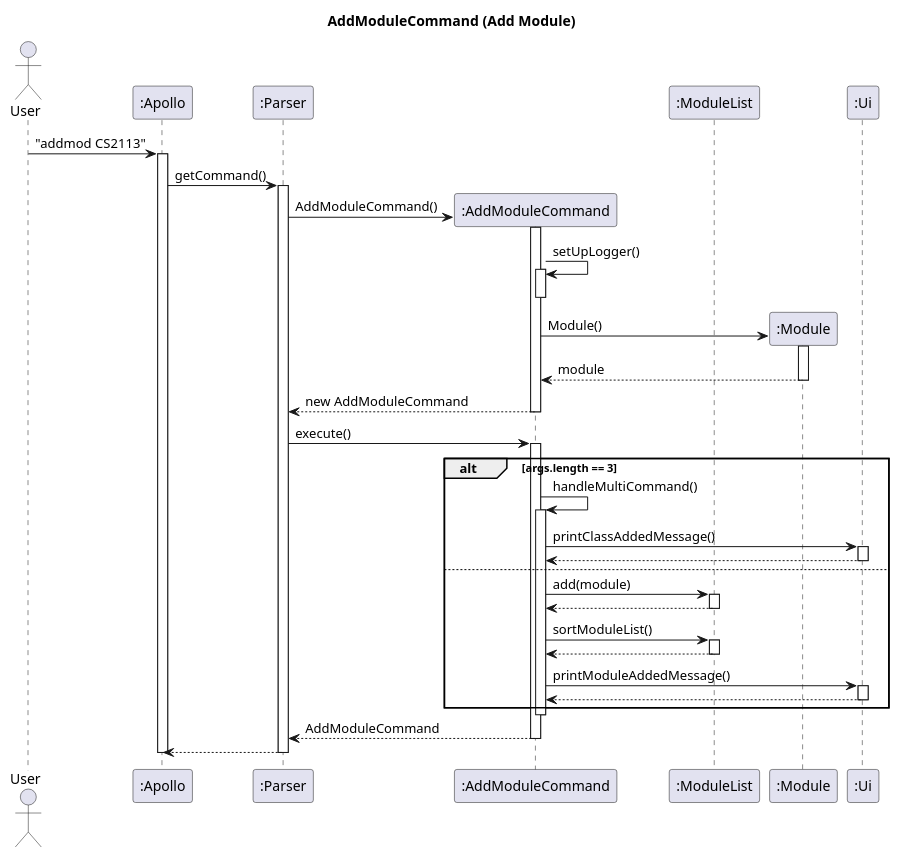
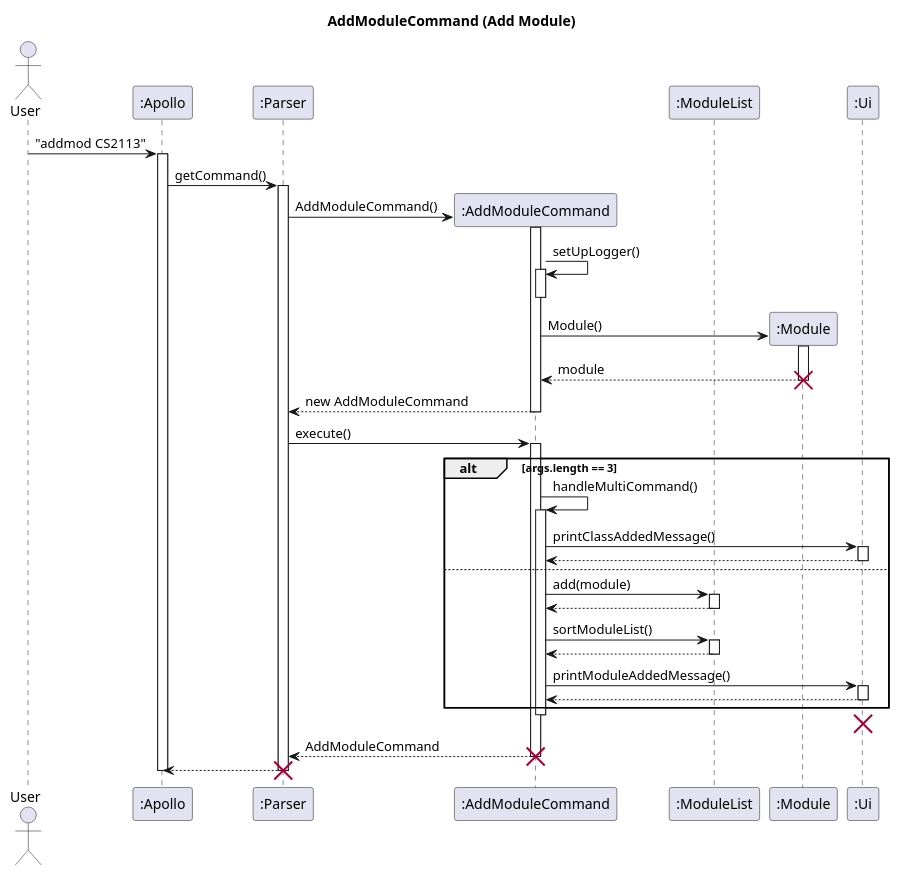
One commit to nus-cs2113-AY2223S2/tp changed the diagram in docs/uml-source/AddModule.puml. Above: the diagram before and after it, drawn with PlantUML. The commit also changed 3 other files, not shown here.

Commit message:
Add crosses to UML diagrams

```diff
--- a/docs/uml-source/AddModule.puml
+++ b/docs/uml-source/AddModule.puml
@@ -1,68 +1,71 @@
 @startuml
 'https://plantuml.com/sequence-diagram
 
 title AddModuleCommand (Add Module)
 
 actor User
 participant ":Apollo" as Apollo
 participant ":Parser" as Parser
 participant ":AddModuleCommand" as AddModuleCommand
 participant ":ModuleList" as ModuleList
 participant ":Module" as Module
 participant ":Ui" as Ui
 
 User -> Apollo : "addmod CS2113"
 activate Apollo
 
 Apollo -> Parser : getCommand()
 activate Parser
 
 Parser -> AddModuleCommand** : AddModuleCommand()
 activate AddModuleCommand
 AddModuleCommand -> AddModuleCommand : setUpLogger()
 activate AddModuleCommand
 deactivate AddModuleCommand
 
 AddModuleCommand -> Module** : Module()
 activate Module
 Module --> AddModuleCommand : module
 deactivate Module
+destroy Module
 
 AddModuleCommand --> Parser: new AddModuleCommand
 deactivate AddModuleCommand
 
 Parser -> AddModuleCommand : execute()
 activate AddModuleCommand
 alt args.length == 3
     AddModuleCommand -> AddModuleCommand : handleMultiCommand()
     activate AddModuleCommand
     AddModuleCommand -> Ui : printClassAddedMessage()
     activate Ui
     Ui --> AddModuleCommand
     deactivate Ui
 else
     AddModuleCommand -> ModuleList: add(module)
     activate ModuleList
     ModuleList --> AddModuleCommand
     deactivate ModuleList
 
     AddModuleCommand -> ModuleList : sortModuleList()
     activate ModuleList
     ModuleList --> AddModuleCommand
     deactivate ModuleList
 
     AddModuleCommand -> Ui : printModuleAddedMessage()
     activate Ui
     Ui --> AddModuleCommand
     deactivate Ui
 
 end
 deactivate AddModuleCommand
-
+destroy Ui
 AddModuleCommand --> Parser : AddModuleCommand
 deactivate AddModuleCommand
+destroy AddModuleCommand
 Parser --> Apollo
 deactivate Parser
+destroy Parser
 deactivate Apollo
 
 @enduml
```
